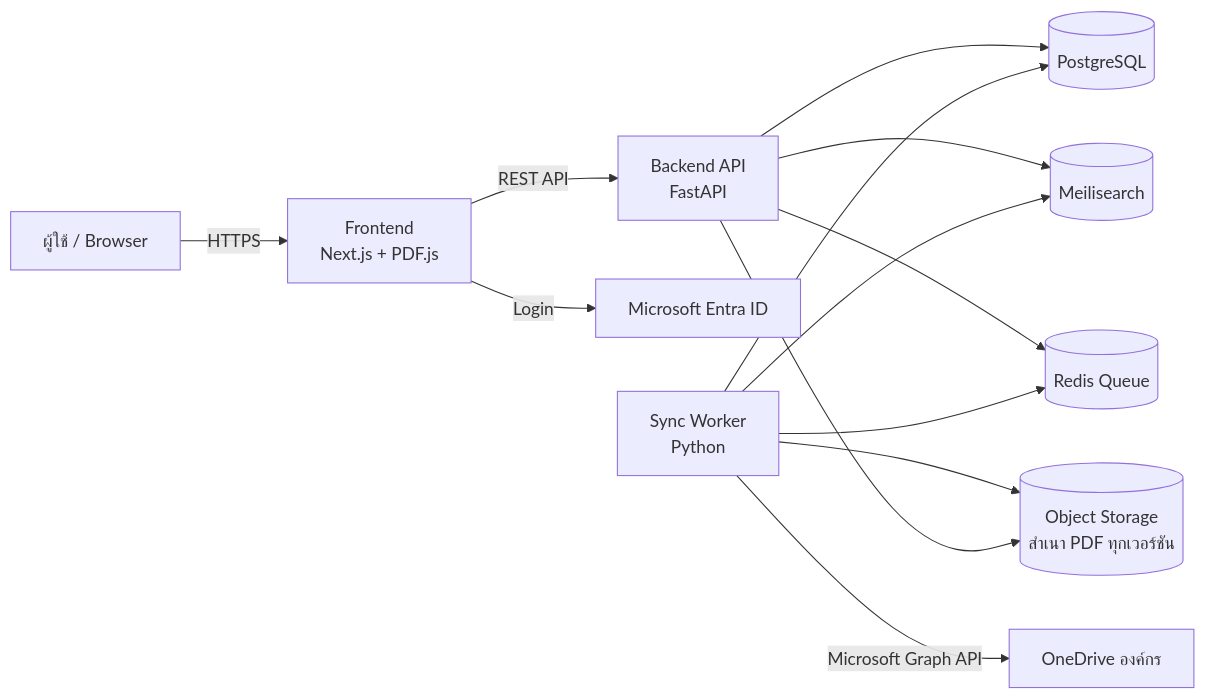
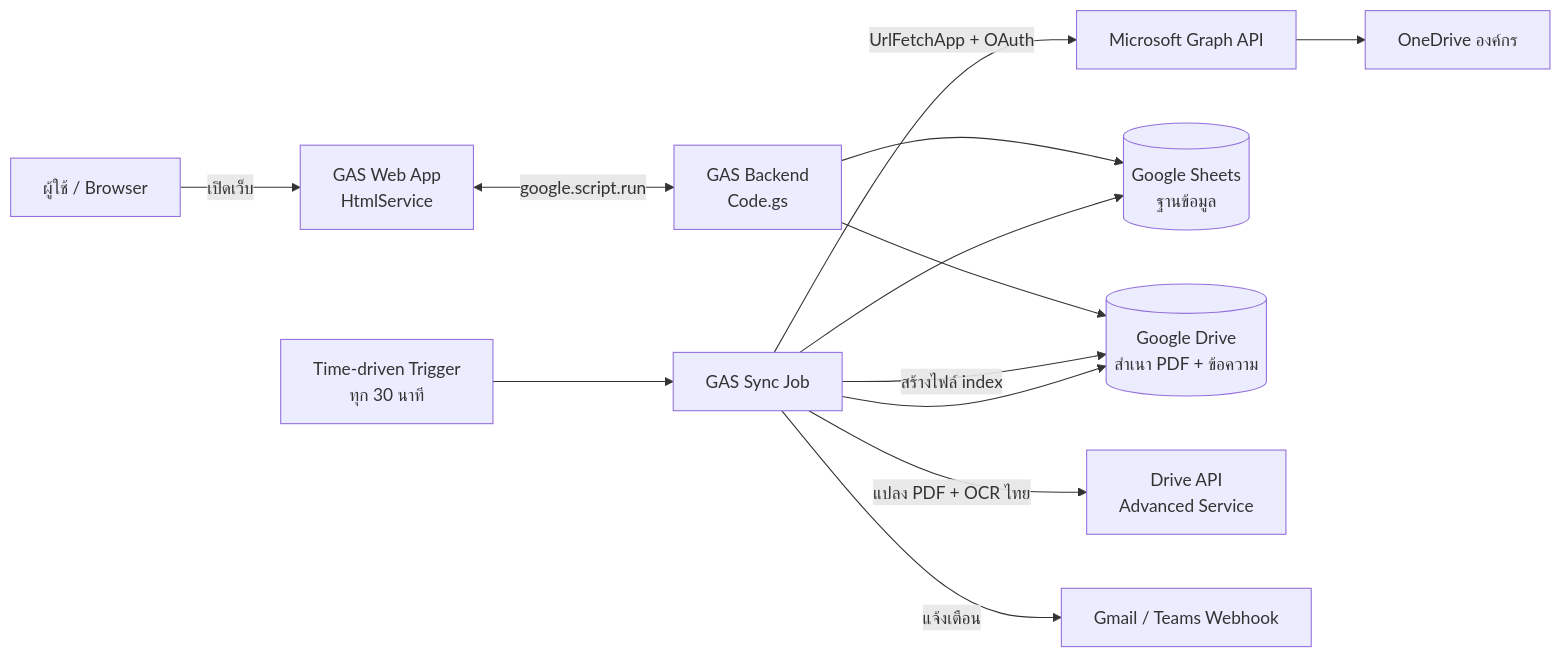
Before and after one commit to Hanabishi-Daihen/Document_Schematic: the first of 3 diagrams in docs/SYSTEM_DESIGN.md, drawn with Mermaid. The commit also changed other lines of this file and 1 other file, not shown here.

First line of the commit message:
Redesign system on free stack: Google Apps Script, Sheets, and Drive

````diff
--- a/docs/SYSTEM_DESIGN.md
+++ b/docs/SYSTEM_DESIGN.md
@@ -23,15 +25,15 @@
 ```mermaid
 flowchart LR
-    U[ผู้ใช้ / Browser] -->|HTTPS| FE[Frontend<br/>Next.js + PDF.js]
-    FE -->|REST API| BE[Backend API<br/>FastAPI]
-    FE -->|Login| AAD[Microsoft Entra ID]
-    BE --> DB[(PostgreSQL)]
-    BE --> SE[(Meilisearch)]
-    BE --> Q[(Redis Queue)]
-    W[Sync Worker<br/>Python] --> Q
-    W -->|Microsoft Graph API| OD[OneDrive องค์กร]
-    W --> DB
-    W --> SE
-    W --> FS[(Object Storage<br/>สำเนา PDF ทุกเวอร์ชัน)]
-    BE --> FS
+    U[ผู้ใช้ / Browser] -->|เปิดเว็บ| WEB[GAS Web App<br/>HtmlService]
+    WEB <-->|google.script.run| GAS[GAS Backend<br/>Code.gs]
+    T[Time-driven Trigger<br/>ทุก 30 นาที] --> SYNC[GAS Sync Job]
+    SYNC -->|UrlFetchApp + OAuth| G[Microsoft Graph API]
+    G --> OD[OneDrive องค์กร]
+    SYNC --> SH[(Google Sheets<br/>ฐานข้อมูล)]
+    SYNC --> DR[(Google Drive<br/>สำเนา PDF + ข้อความ)]
+    SYNC -->|แปลง PDF + OCR ไทย| OCR[Drive API<br/>Advanced Service]
+    SYNC -->|สร้างไฟล์ index| DR
+    GAS --> SH
+    GAS --> DR
+    SYNC -->|แจ้งเตือน| MAIL[Gmail / Teams Webhook]
 ```
````
